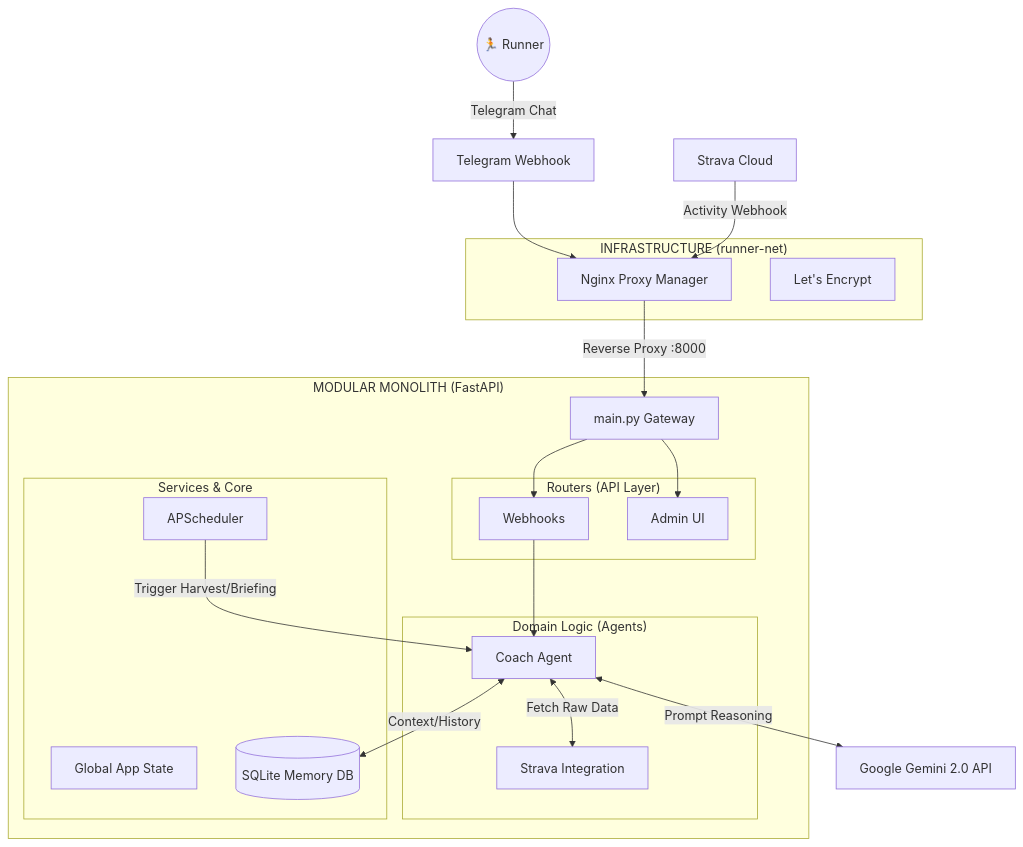
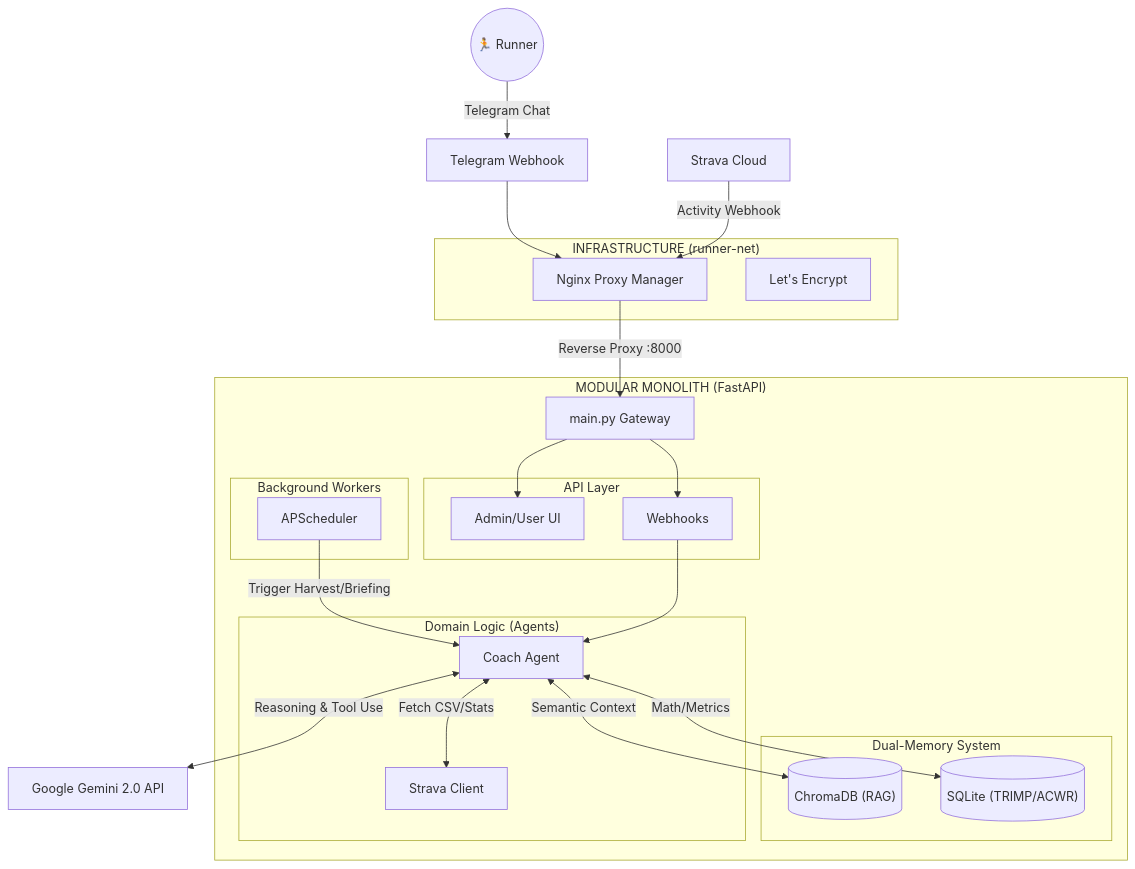
One commit to batinh/AIRuningCoach changed the diagram in README.md. Above: the diagram before and after it, drawn with Mermaid. The commit also changed other lines of this file, not shown here.

Commit message:
docs: rewrite README with Agentic Evolution Roadmap 2.0 and architecture diagram

````diff
--- a/README.md
+++ b/README.md
@@ -34,49 +38,53 @@
 ```mermaid
 graph TD
     %% External Inputs
     User(("🏃 Runner")) -->|"Telegram Chat"| Telegram["Telegram Webhook"]
     StravaCloud["Strava Cloud"] -->|"Activity Webhook"| Nginx
 
     %% Infra
     subgraph "INFRASTRUCTURE (runner-net)"
         Nginx["Nginx Proxy Manager"]
         SSL["Let's Encrypt"]
     end
 
     %% Application
     subgraph "MODULAR MONOLITH (FastAPI)"
         Gateway["main.py Gateway"]
         
-        subgraph "Routers (API Layer)"
+        subgraph "API Layer"
             HookRouter["Webhooks"]
-            AdminRouter["Admin UI"]
+            AdminRouter["Admin/User UI"]
         end
         
-        subgraph "Services & Core"
-            Cron["APScheduler"]
-            State["Global App State"]
-            DB[("SQLite Memory DB")]
+        subgraph "Dual-Memory System"
+            DB[("SQLite (TRIMP/ACWR)")]
+            VectorDB[("ChromaDB (RAG)")]
         end
         
         subgraph "Domain Logic (Agents)"
             Coach["Coach Agent"]
-            StravaAPI["Strava Integration"]
+            StravaAPI["Strava Client"]
+        end
+        
+        subgraph "Background Workers"
+            Cron["APScheduler"]
         end
     end
 
     %% External LLM
     Gemini["Google Gemini 2.0 API"]
 
     %% Connections
     Telegram --> Nginx
     Nginx -->|"Reverse Proxy :8000"| Gateway
     Gateway --> HookRouter
     Gateway --> AdminRouter
     
     HookRouter --> Coach
     Cron -->|"Trigger Harvest/Briefing"| Coach
-    Coach <-->|"Context/History"| DB
-    Coach <-->|"Fetch Raw Data"| StravaAPI
-    Coach <-->|"Prompt Reasoning"| Gemini
+    Coach <-->|"Math/Metrics"| DB
+    Coach <-->|"Semantic Context"| VectorDB
+    Coach <-->|"Fetch CSV/Stats"| StravaAPI
+    Coach <-->|"Reasoning & Tool Use"| Gemini
 
 ```
````
